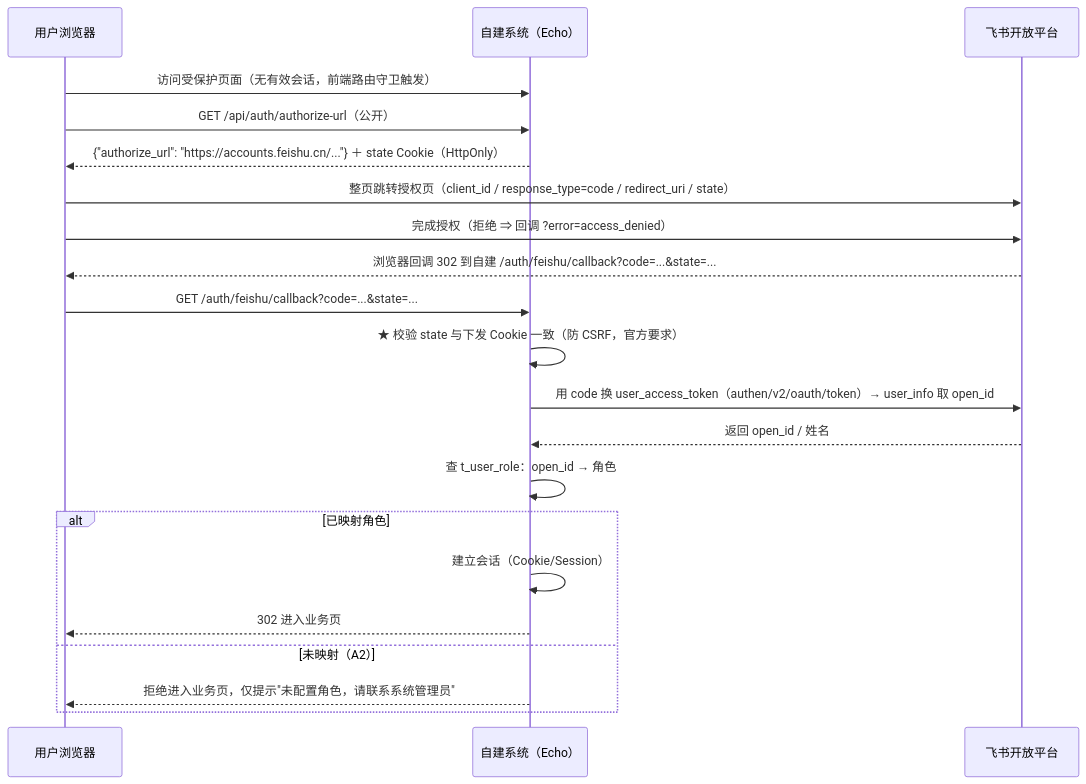
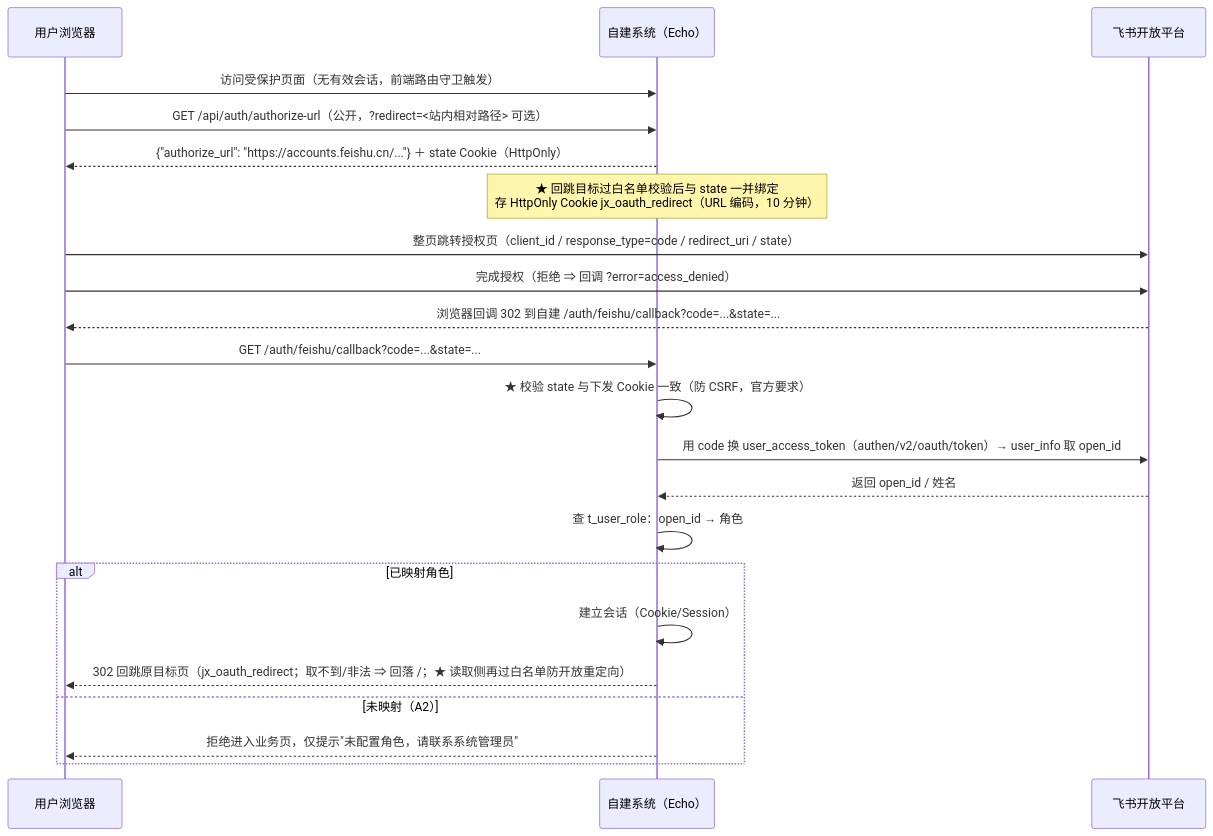
Before and after one commit to chadhao/jx-procurement-platform: the diagram in docs/05-API.md, drawn with Mermaid. The commit also changed other lines of this file and 34 other files, not shown here.

````diff
--- a/docs/05-API.md
+++ b/docs/05-API.md
@@ -21,23 +21,24 @@
 ```mermaid
 sequenceDiagram
   participant U as 用户浏览器
   participant S as 自建系统（Echo）
   participant F as 飞书开放平台
   U->>S: 访问受保护页面（无有效会话，前端路由守卫触发）
-  U->>S: GET /api/auth/authorize-url（公开）
+  U->>S: GET /api/auth/authorize-url（公开，?redirect=<站内相对路径> 可选）
   S-->>U: {"authorize_url": "https://accounts.feishu.cn/..."} ＋ state Cookie（HttpOnly）
+  Note over S: ★ 回跳目标过白名单校验后与 state 一并绑定<br/>存 HttpOnly Cookie jx_oauth_redirect（URL 编码，10 分钟）
   U->>F: 整页跳转授权页（client_id / response_type=code / redirect_uri / state）
   U->>F: 完成授权（拒绝 ⇒ 回调 ?error=access_denied）
   F-->>U: 浏览器回调 302 到自建 /auth/feishu/callback?code=...&state=...
   U->>S: GET /auth/feishu/callback?code=...&state=...
   S->>S: ★ 校验 state 与下发 Cookie 一致（防 CSRF，官方要求）
   S->>F: 用 code 换 user_access_token（authen/v2/oauth/token）→ user_info 取 open_id
   F-->>S: 返回 open_id / 姓名
   S->>S: 查 t_user_role：open_id → 角色
   alt 已映射角色
     S->>S: 建立会话（Cookie/Session）
-    S-->>U: 302 进入业务页
+    S-->>U: 302 回跳原目标页（jx_oauth_redirect；取不到/非法 ⇒ 回落 /；★ 读取侧再过白名单防开放重定向）
   else 未映射（A2）
     S-->>U: 拒绝进入业务页，仅提示"未配置角色，请联系系统管理员"
   end
 ```
````
